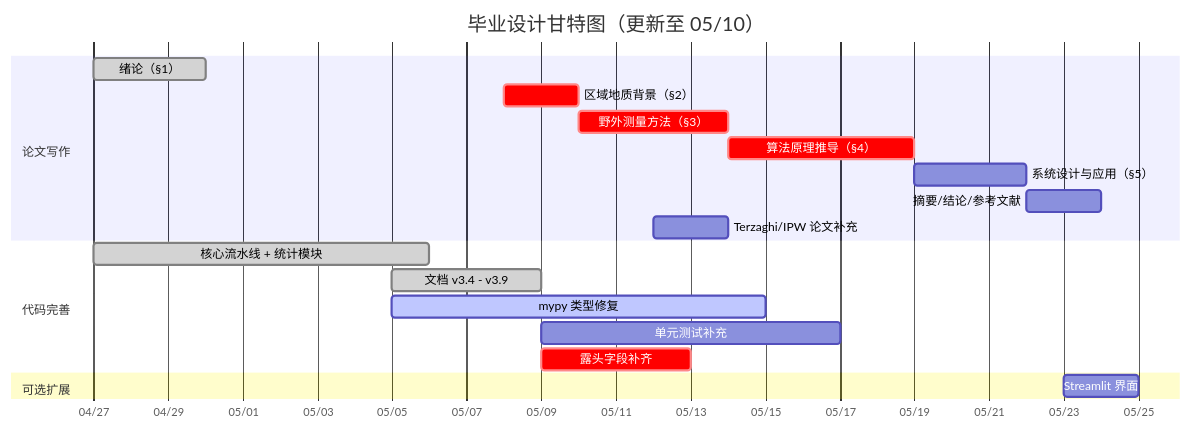
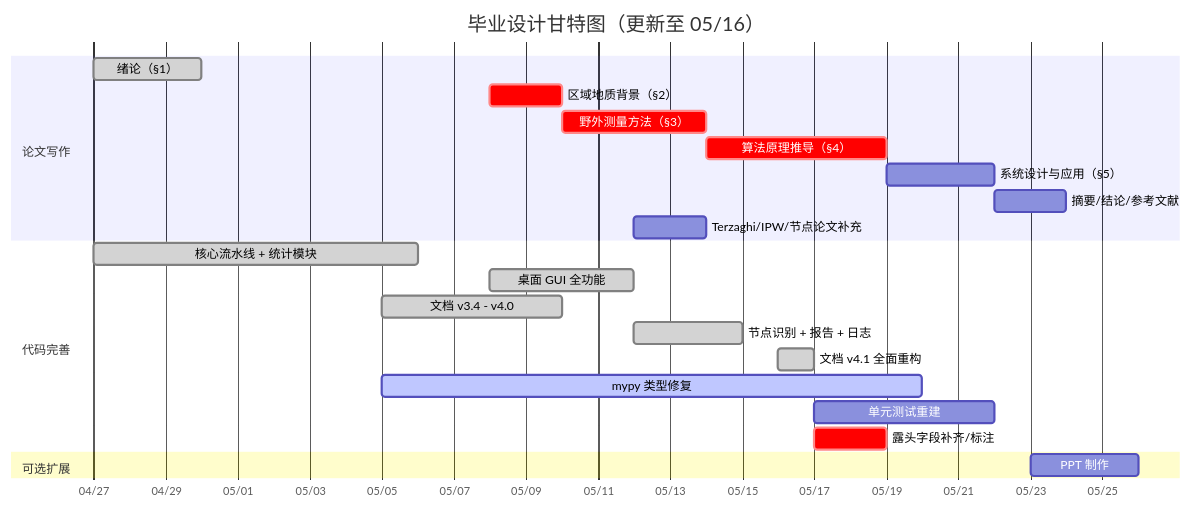
One commit to zylyes/TracePipeline changed the diagram in reference/毕业设计任务流程与预期成果.md. Above: the diagram before and after it, drawn with Mermaid. The commit also changed other lines of this file and 13 other files, not shown here.

````diff
--- a/reference/毕业设计任务流程与预期成果.md
+++ b/reference/毕业设计任务流程与预期成果.md
@@ -251,25 +272,28 @@
 ```mermaid
 gantt
-    title 毕业设计甘特图（更新至 05/10）
+    title 毕业设计甘特图（更新至 05/16）
     dateFormat  YYYY-MM-DD
     axisFormat  %m/%d
 
     section 论文写作
     绪论（§1）               :done, a0, 2026-04-27, 3d
     区域地质背景（§2）        :crit, a1, 2026-05-08, 2d
     野外测量方法（§3）        :crit, a2, 2026-05-10, 4d
     算法原理推导（§4）        :crit, a3, 2026-05-14, 5d
     系统设计与应用（§5）      :a4, 2026-05-19, 3d
     摘要/结论/参考文献        :a5, after a4, 2d
-    Terzaghi/IPW 论文补充     :b7, 2026-05-12, 2d
+    Terzaghi/IPW/节点论文补充  :b7, 2026-05-12, 2d
 
     section 代码完善
     核心流水线 + 统计模块     :done, b0, 2026-04-27, 9d
-    文档 v3.4 - v3.9          :done, d0, 2026-05-05, 4d
-    mypy 类型修复             :active, b6, 2026-05-05, 10d
-    单元测试补充              :b4, 2026-05-09, 8d
-    露头字段补齐              :crit, d2, 2026-05-09, 4d
+    桌面 GUI 全功能           :done, b1, 2026-05-08, 4d
+    文档 v3.4 - v4.0          :done, d0, 2026-05-05, 5d
+    节点识别 + 报告 + 日志     :done, b2, 2026-05-12, 3d
+    文档 v4.1 全面重构         :done, d1, 2026-05-16, 1d
+    mypy 类型修复             :active, b6, 2026-05-05, 15d
+    单元测试重建              :b4, 2026-05-17, 5d
+    露头字段补齐/标注          :crit, d2, 2026-05-17, 2d
 
     section 可选扩展
-    Streamlit 界面            :c1, 2026-05-23, 2d
+    PPT 制作                  :c1, 2026-05-23, 3d
 ```
````
